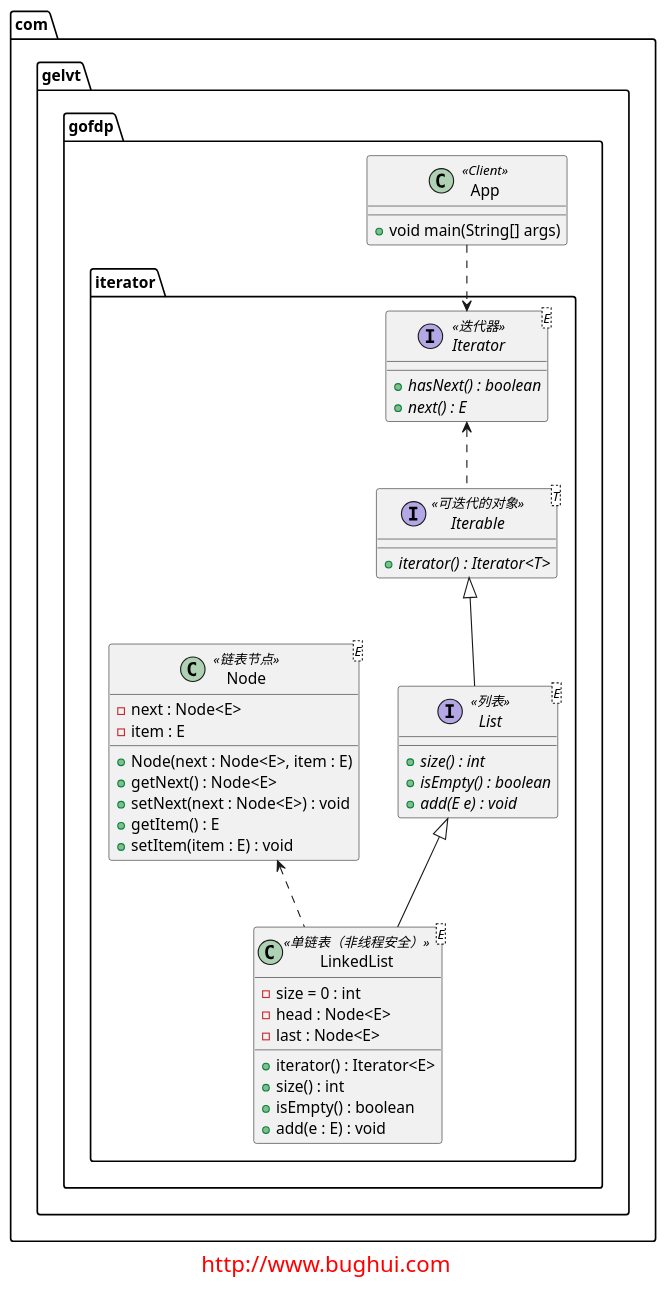
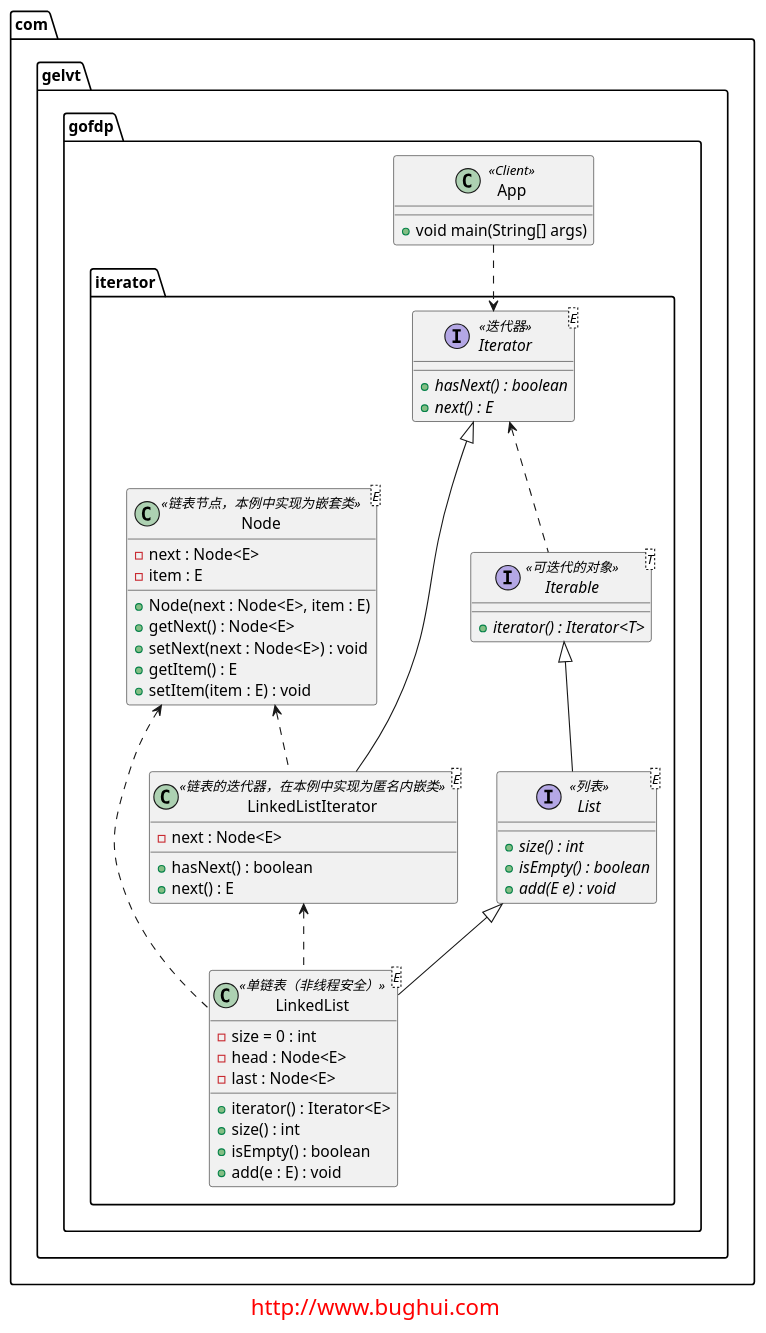
Before and after one commit to elvinzeng/java-design-pattern-samples: the diagram in iterator/diagrams/iterator.puml, drawn with PlantUML. The commit also changed 3 other files, not shown here.

Commit message:
绘制好迭代器模式类图

```diff
--- a/iterator/diagrams/iterator.puml
+++ b/iterator/diagrams/iterator.puml
@@ -1,58 +1,66 @@
 @startuml
 
 package com.gelvt.gofdp.iterator{
     interface Iterator<E> <<迭代器>>{
         + {abstract} hasNext() : boolean
         + {abstract} next() : E
     }
 
     interface Iterable<T> <<可迭代的对象>>{
         + {abstract} iterator() : Iterator<T>
     }
 
     interface List<E> <<列表>>{
         + {abstract} size() : int
         + {abstract} isEmpty() : boolean
         + {abstract} add(E e) : void
     }
 
-    class Node<E> <<链表节点>>{
+    class Node<E> <<链表节点，本例中实现为嵌套类>>{
         - next : Node<E>
         - item : E
         + Node(next : Node<E>, item : E)
         + getNext() : Node<E>
         + setNext(next : Node<E>) : void
         + getItem() : E
         + setItem(item : E) : void
+    }
+
+    class LinkedListIterator<E> <<链表的迭代器，在本例中实现为匿名内嵌类>>{
+        - next : Node<E>
+        + hasNext() : boolean
+        + next() : E
     }
 
     class LinkedList<E> <<单链表（非线程安全）>> {
         - size = 0 : int
         - head : Node<E>
         - last : Node<E>
         + iterator() : Iterator<E>
         + size() : int
         + isEmpty() : boolean
         + add(e : E) : void
     }
 
     Iterator <.. Iterable
     Iterable <|-- List
     List <|-- LinkedList
     Node <.. LinkedList
-
+    Iterator <|-- LinkedListIterator
+    LinkedListIterator <.. LinkedList
+    Node <.. LinkedListIterator
 }
 
 package com.gelvt.gofdp{
     class App <<Client>>{
         + void main(String[] args)
     }
 }
 
 App ..> Iterator
 
 footer
 <font size="20" color="red">http://www.bughui.com</font>
 endfooter
 
 @enduml
```
